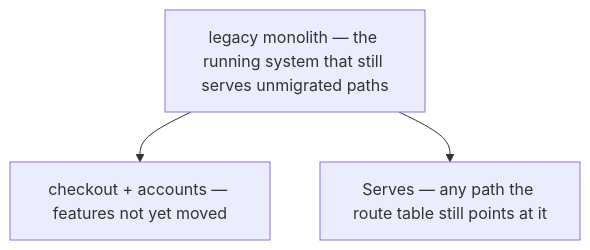
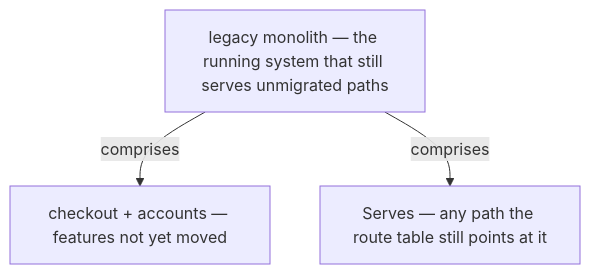
The fourth of 12 diagrams in docs/ch44-strangler-application.md (vinayakuber/microservices-io-study-guide), drawn with Mermaid before and after one commit. The commit also changed other lines of this file and 71 other files, not shown here.

First line of the commit message:
R18: label every diagram arrow with its meaning

````diff
--- a/docs/ch44-strangler-application.md
+++ b/docs/ch44-strangler-application.md
@@ -159,6 +159,6 @@
 ```mermaid
 flowchart TD
   R["legacy monolith — the running system that still serves unmigrated paths"]
-  R --> P0["checkout + accounts — features not yet moved"]
-  R --> P1["Serves — any path the route table still points at it"]
+  R -->|"comprises"| P0["checkout + accounts — features not yet moved"]
+  R -->|"comprises"| P1["Serves — any path the route table still points at it"]
 ```
````
